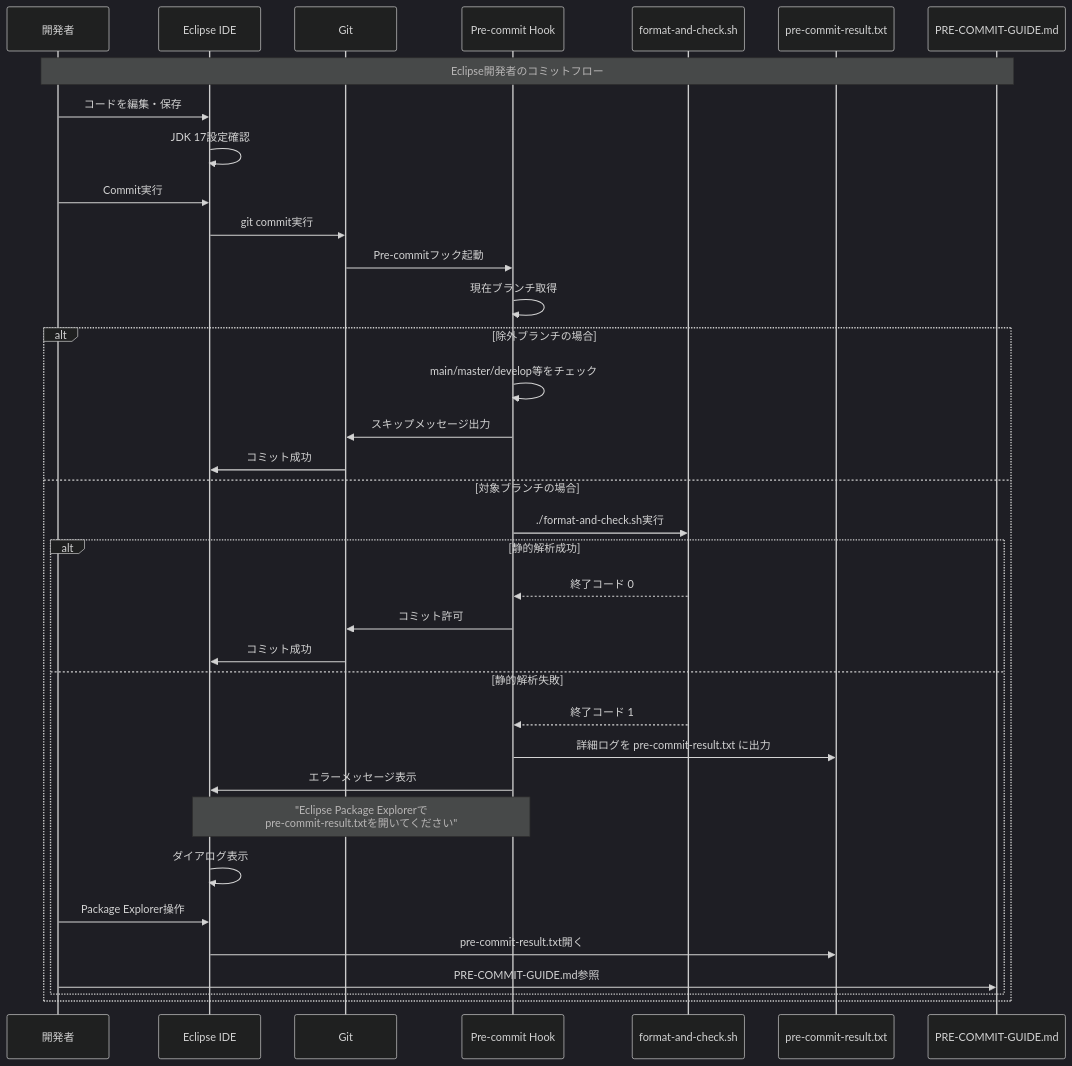
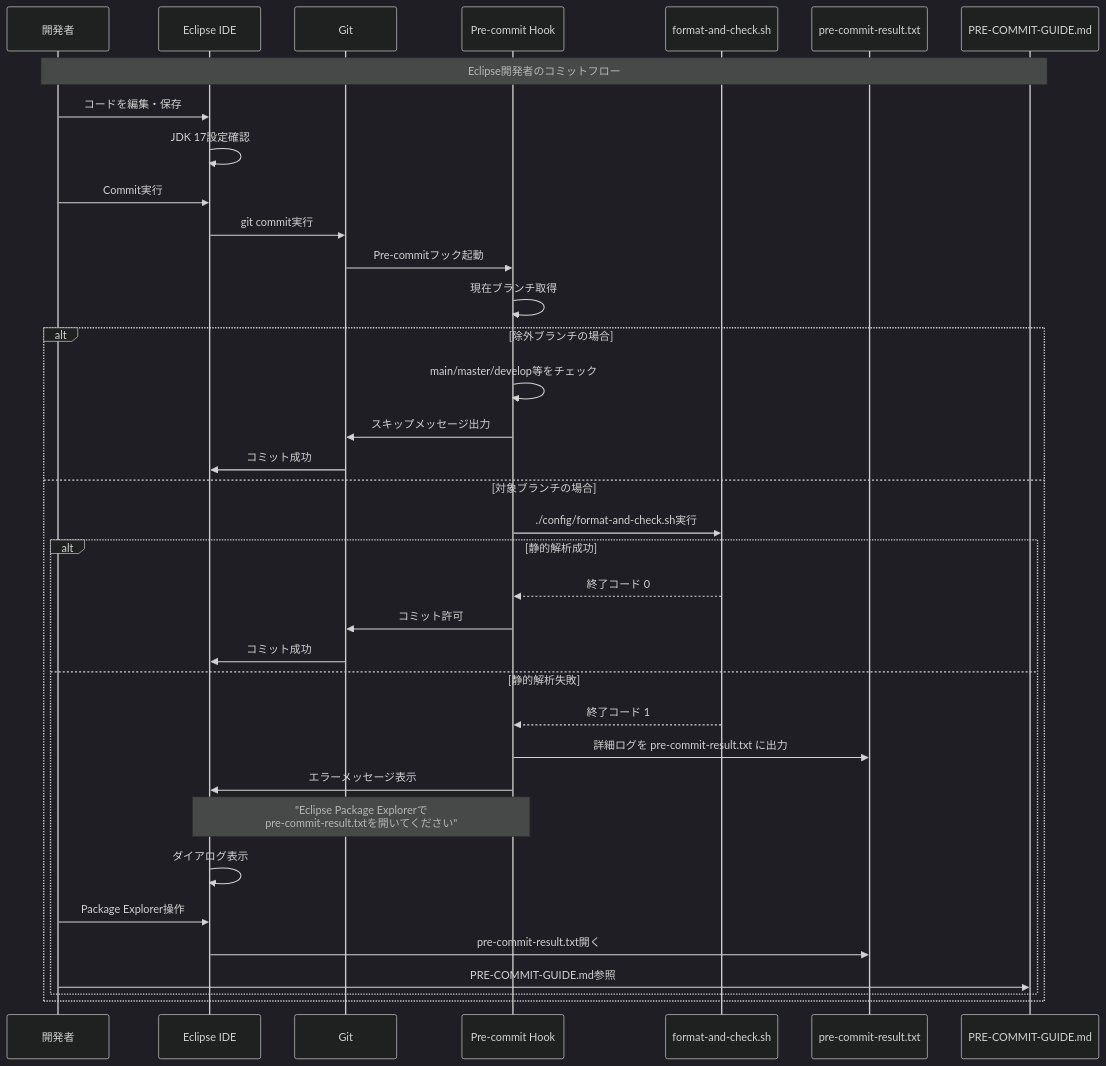
The first of 13 diagrams in scripts/STATIC_ANALYSIS_SEQUENCE_DIAGRAM.md (digital-ojt/development-webCourse-DroneInventorySystem), drawn with Mermaid (dark theme) before and after one commit. The commit also changed other lines of this file and 20 other files, not shown here.

````diff
--- a/scripts/STATIC_ANALYSIS_SEQUENCE_DIAGRAM.md
+++ b/scripts/STATIC_ANALYSIS_SEQUENCE_DIAGRAM.md
@@ -36,42 +36,42 @@
 ```mermaid
 sequenceDiagram
     participant Dev as 開発者
     participant Eclipse as Eclipse IDE
     participant Git as Git
     participant Hook as Pre-commit Hook
     participant Script as format-and-check.sh
     participant Result as pre-commit-result.txt
     participant Guide as PRE-COMMIT-GUIDE.md
     
     Note over Dev, Guide: Eclipse開発者のコミットフロー
     Dev->>Eclipse: コードを編集・保存
     Eclipse->>Eclipse: JDK 17設定確認
     Dev->>Eclipse: Commit実行
     Eclipse->>Git: git commit実行
     
     Git->>Hook: Pre-commitフック起動
     Hook->>Hook: 現在ブランチ取得
     
     alt 除外ブランチの場合
         Hook->>Hook: main/master/develop等をチェック
         Hook->>Git: スキップメッセージ出力
         Git->>Eclipse: コミット成功
     else 対象ブランチの場合
-        Hook->>Script: ./format-and-check.sh実行
+        Hook->>Script: ./config/format-and-check.sh実行
         
         alt 静的解析成功
             Script-->>Hook: 終了コード 0
             Hook->>Git: コミット許可
             Git->>Eclipse: コミット成功
         else 静的解析失敗
             Script-->>Hook: 終了コード 1
             Hook->>Result: 詳細ログを pre-commit-result.txt に出力
             Hook->>Eclipse: エラーメッセージ表示
             Note over Hook, Eclipse: "Eclipse Package Explorerで<br/>pre-commit-result.txtを開いてください"
             Eclipse->>Eclipse: ダイアログ表示
             Dev->>Eclipse: Package Explorer操作
             Eclipse->>Result: pre-commit-result.txt開く
             Dev->>Guide: PRE-COMMIT-GUIDE.md参照
         end
     end
 ```
````
